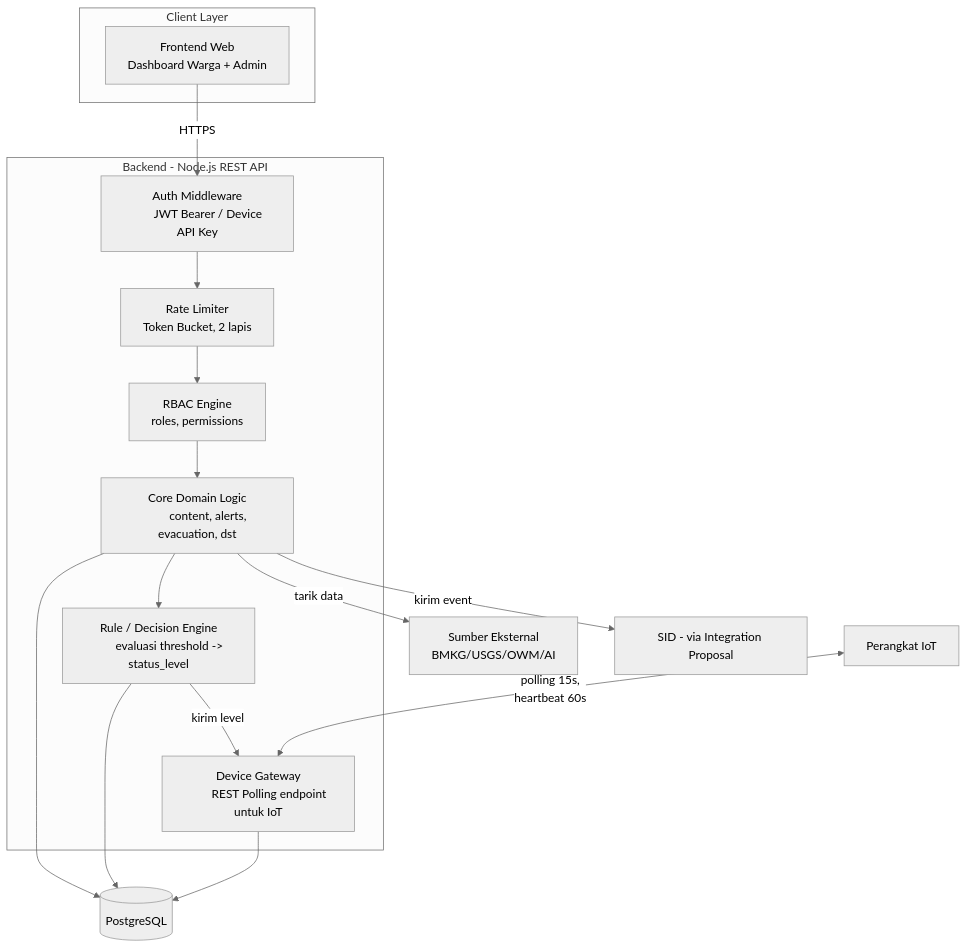
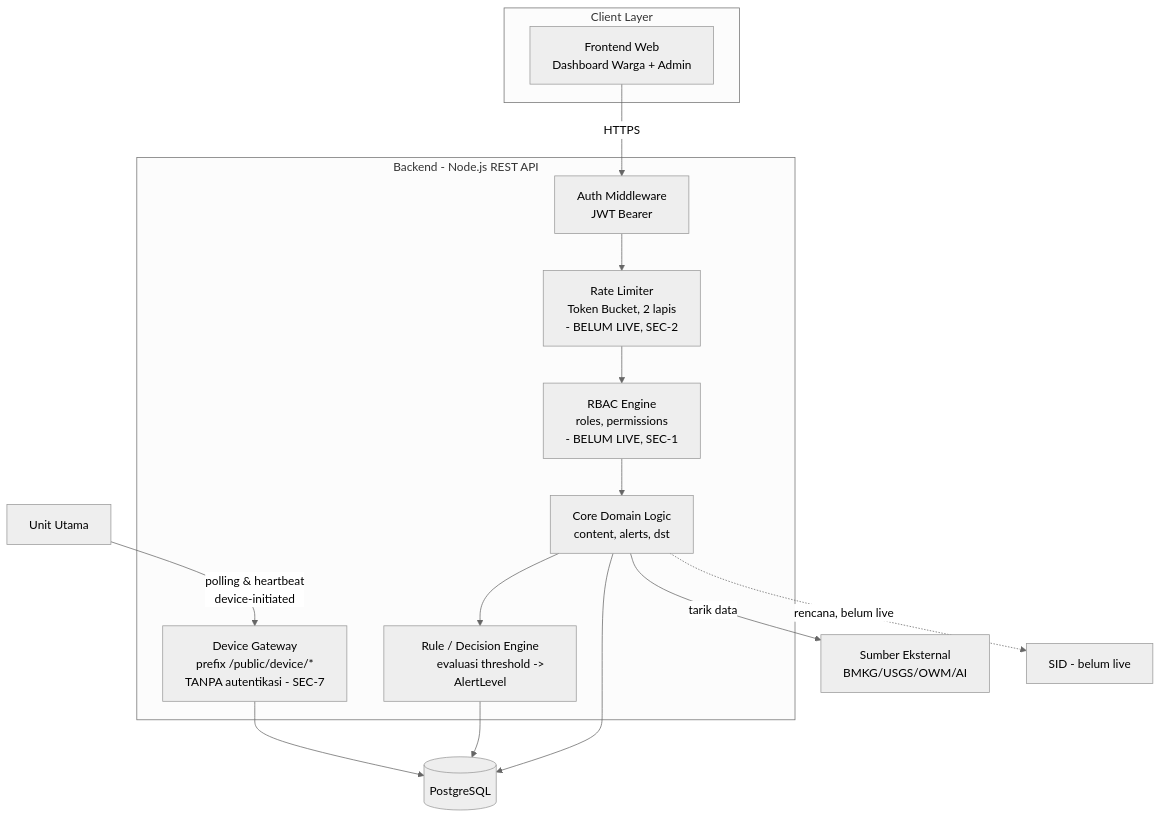
The diagram in docs/architecture/02_building_block_view.md (Vextronode/sigap_app), drawn with Mermaid (neutral theme) before and after one commit. The commit also changed other lines of this file and 34 other files, not shown here.

````diff
--- a/docs/architecture/02_building_block_view.md
+++ b/docs/architecture/02_building_block_view.md
@@ -5,42 +7,44 @@
 ```mermaid
 flowchart TB
     subgraph Client[Client Layer]
         WebFE[Frontend Web
         Dashboard Warga + Admin]
     end
 
     subgraph Backend[Backend - Node.js REST API]
         AuthMW[Auth Middleware
-        JWT Bearer / Device API Key]
+        JWT Bearer]
         RateLimitMW[Rate Limiter
-        Token Bucket, 2 lapis]
+        Token Bucket, 2 lapis
+        - BELUM LIVE, SEC-2]
         RBAC[RBAC Engine
-        roles, permissions]
+        roles, permissions
+        - BELUM LIVE, SEC-1]
         RuleEngine[Rule / Decision Engine
-        evaluasi threshold -> status_level]
+        evaluasi threshold -> AlertLevel]
         DeviceGW[Device Gateway
-        REST Polling endpoint untuk IoT]
+        prefix /public/device/*
+        TANPA autentikasi - SEC-7]
         CoreAPI[Core Domain Logic
-        content, alerts, evacuation, dst]
+        content, alerts, dst]
     end
 
     DB[(PostgreSQL)]
-    IoT[Perangkat IoT]
+    UnitUtama[Unit Utama]
     Ext[Sumber Eksternal
     BMKG/USGS/OWM/AI]
-    SIDExt[SID - via Integration Proposal]
+    SIDExt[SID - belum live]
 
     WebFE -->|HTTPS| AuthMW
     AuthMW --> RateLimitMW
     RateLimitMW --> RBAC
     RBAC --> CoreAPI
     CoreAPI --> DB
     CoreAPI --> RuleEngine
     RuleEngine --> DB
-    RuleEngine -->|kirim level| DeviceGW
-    IoT <-->|polling 15s,
-    heartbeat 60s| DeviceGW
+    UnitUtama -->|polling & heartbeat
+    device-initiated| DeviceGW
     DeviceGW --> DB
     CoreAPI -->|tarik data| Ext
-    CoreAPI -->|kirim event| SIDExt
+    CoreAPI -.rencana, belum live.-> SIDExt
 ```
````
